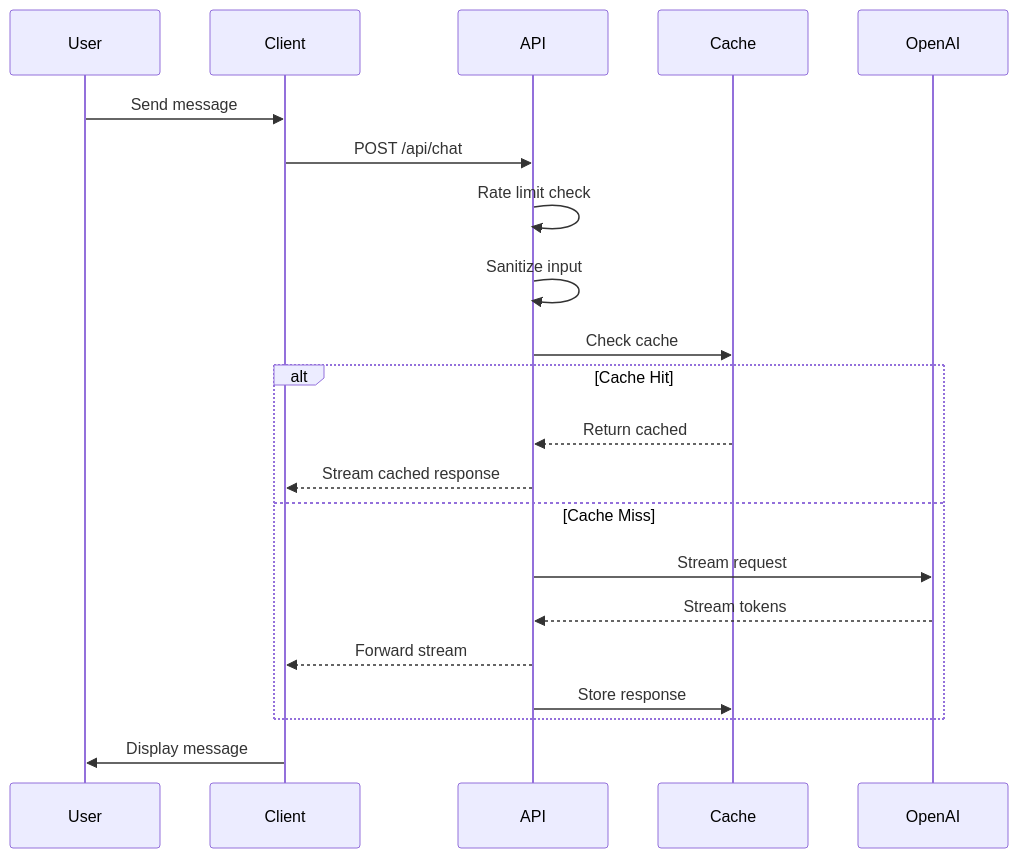
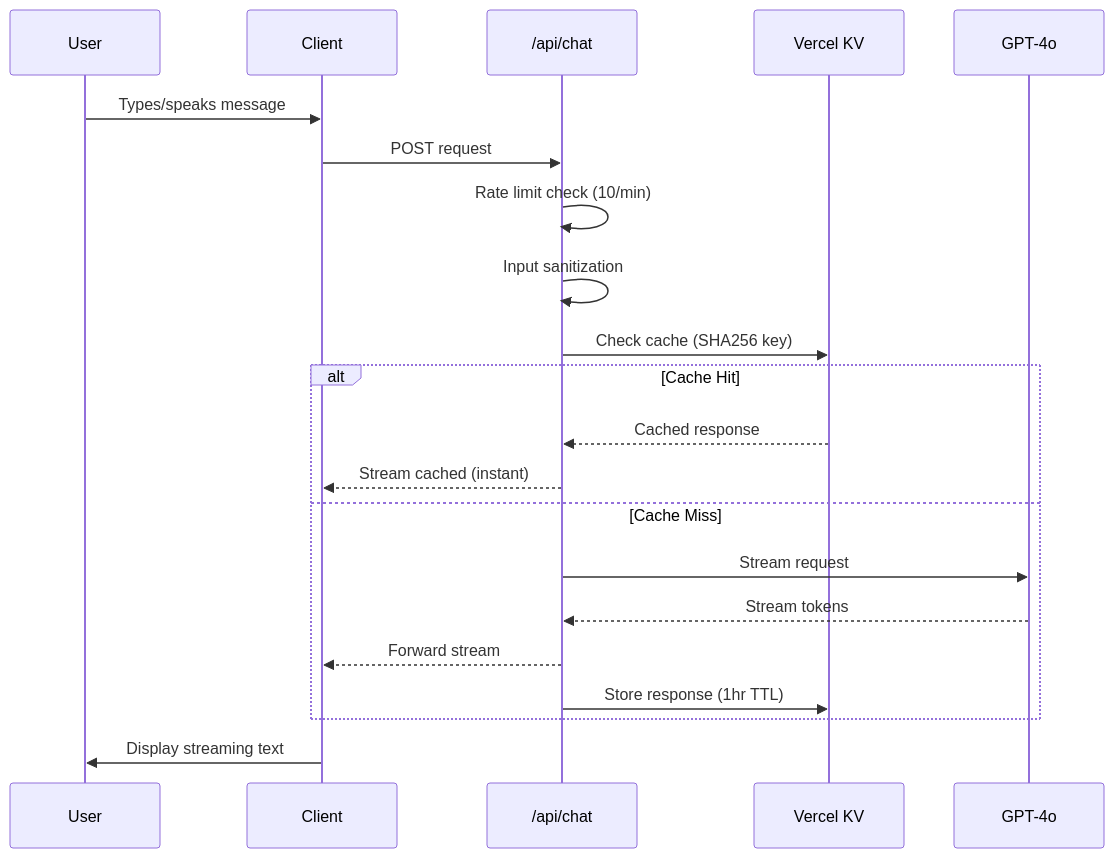
Before and after one commit to Zacsluss/portfolio_zarvis: the third of 4 diagrams in README.md, drawn with Mermaid. The commit also changed other lines of this file, not shown here.

````diff
--- a/README.md
+++ b/README.md
@@ -748,24 +326,26 @@
 ```mermaid
 sequenceDiagram
-    participant User
-    participant Client
-    participant API
-    participant Cache
-    participant OpenAI
+    participant U as User
+    participant C as Client
+    participant API as /api/chat
+    participant Cache as Vercel KV
+    participant OpenAI as GPT-4o
 
-    User->>Client: Send message
-    Client->>API: POST /api/chat
-    API->>API: Rate limit check
-    API->>API: Sanitize input
-    API->>Cache: Check cache
+    U->>C: Types/speaks message
+    C->>API: POST request
+    API->>API: Rate limit check (10/min)
+    API->>API: Input sanitization
+    API->>Cache: Check cache (SHA256 key)
+
     alt Cache Hit
-        Cache-->>API: Return cached
-        API-->>Client: Stream cached response
+        Cache-->>API: Cached response
+        API-->>C: Stream cached (instant)
     else Cache Miss
         API->>OpenAI: Stream request
         OpenAI-->>API: Stream tokens
-        API-->>Client: Forward stream
-        API->>Cache: Store response
+        API-->>C: Forward stream
+        API->>Cache: Store response (1hr TTL)
     end
-    Client->>User: Display message
+
+    C->>U: Display streaming text
 ```
````
